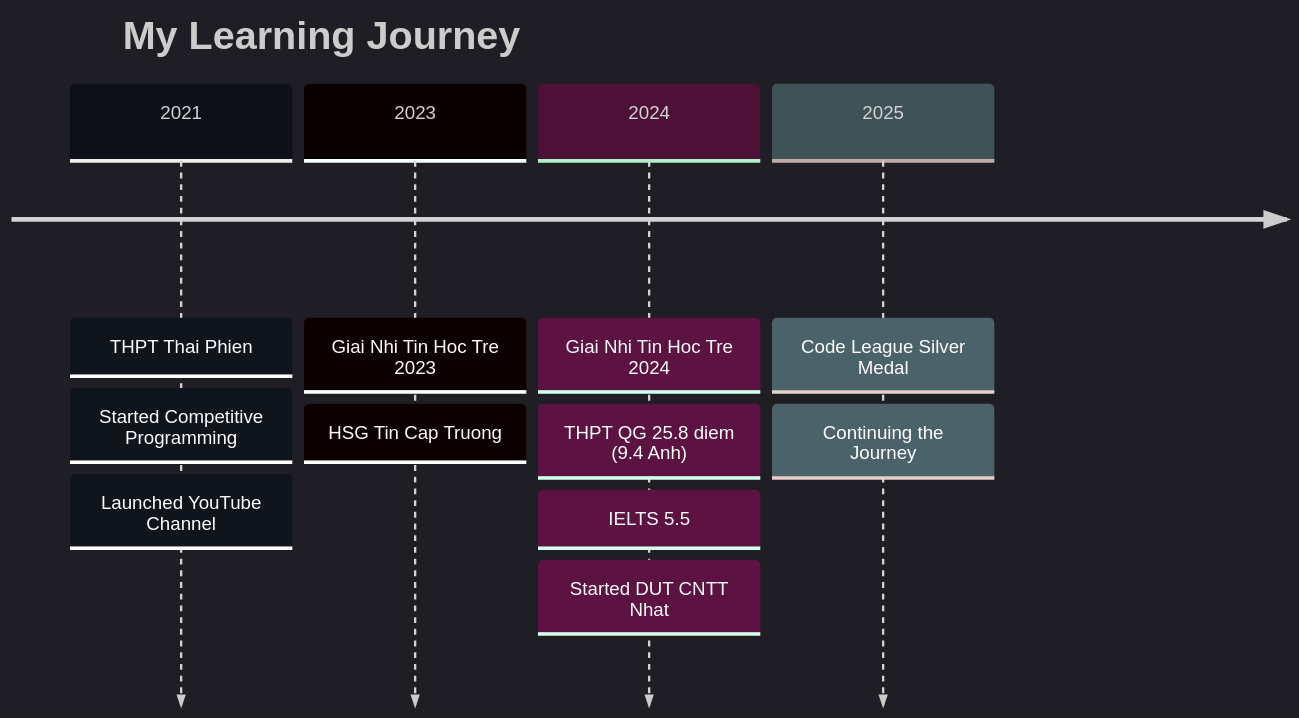
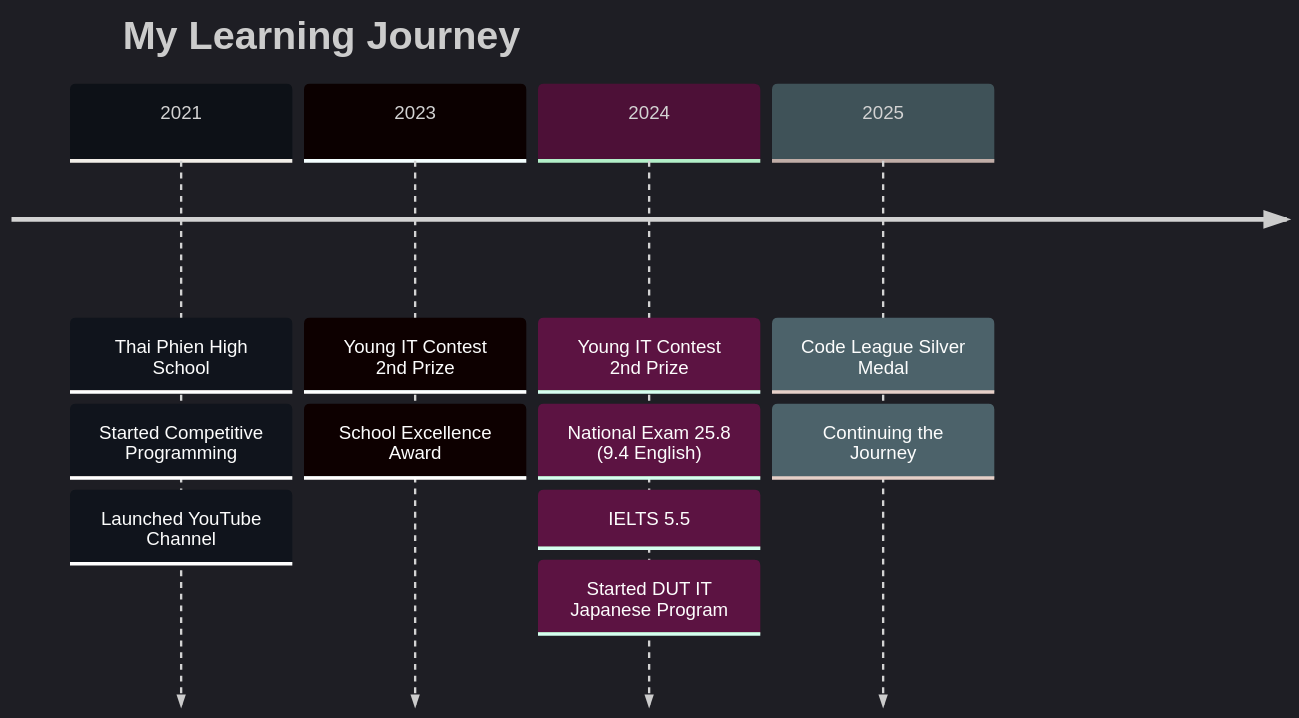
One commit to QuangNew/QuangNew changed the diagram in README.md. Above: the diagram before and after it, drawn with Mermaid. The commit also changed other lines of this file, not shown here.

````diff
--- a/README.md
+++ b/README.md
@@ -226,20 +226,20 @@
 ```mermaid
 %%{init: {'theme':'dark', 'themeVariables': { 'primaryColor':'#0D1117', 'primaryTextColor':'#00D9FF', 'primaryBorderColor':'#00D9FF', 'lineColor':'#F59E0B', 'secondaryColor':'#1E3A8A', 'tertiaryColor':'#0D1117'}}}%%
 timeline
     title My Learning Journey
     
-    2021 : THPT Thai Phien
+    2021 : Thai Phien High School
          : Started Competitive Programming
          : Launched YouTube Channel
     
-    2023 : Giai Nhi Tin Hoc Tre 2023
-         : HSG Tin Cap Truong
+    2023 : Young IT Contest 2nd Prize
+         : School Excellence Award
     
-    2024 : Giai Nhi Tin Hoc Tre 2024
-         : THPT QG 25.8 diem (9.4 Anh)
+    2024 : Young IT Contest 2nd Prize
+         : National Exam 25.8 (9.4 English)
          : IELTS 5.5
-         : Started DUT CNTT Nhat
+         : Started DUT IT Japanese Program
     
     2025 : Code League Silver Medal
          : Continuing the Journey
 ```
````
